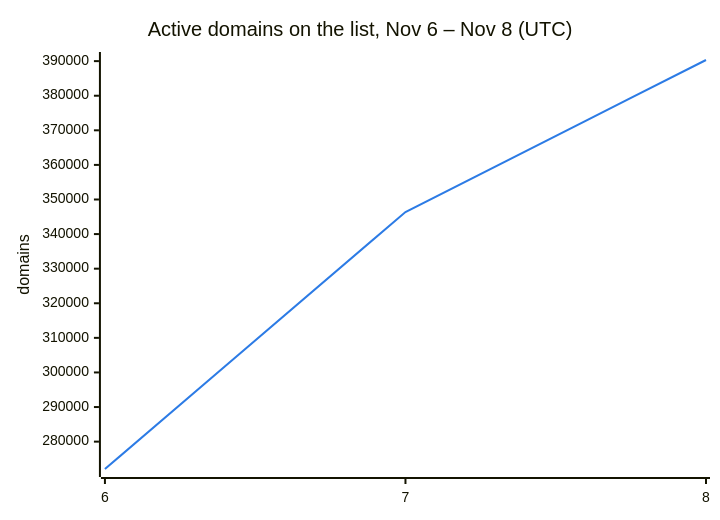
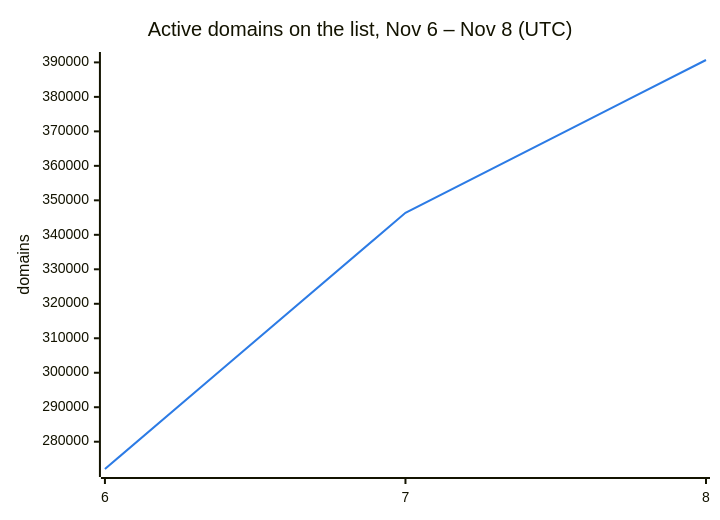
One commit to DNSBunker/CTI changed the second of 3 diagrams in README.md. Above: the diagram before and after it, drawn with Mermaid. The commit also changed other lines of this file and 3 other files, not shown here.

````diff
--- a/README.md
+++ b/README.md
@@ -38,8 +38,8 @@
 ```mermaid
 %%{init: {"themeVariables": {"xyChart": {"plotColorPalette": "#2c7be5"}}}}%%
 xychart-beta
     title "Active domains on the list, Nov 6 – Nov 8 (UTC)"
     x-axis ["6", "7", "8"]
     y-axis "domains"
-    line [272088, 346388, 390327]
+    line [272088, 346388, 390694]
 ```
````
